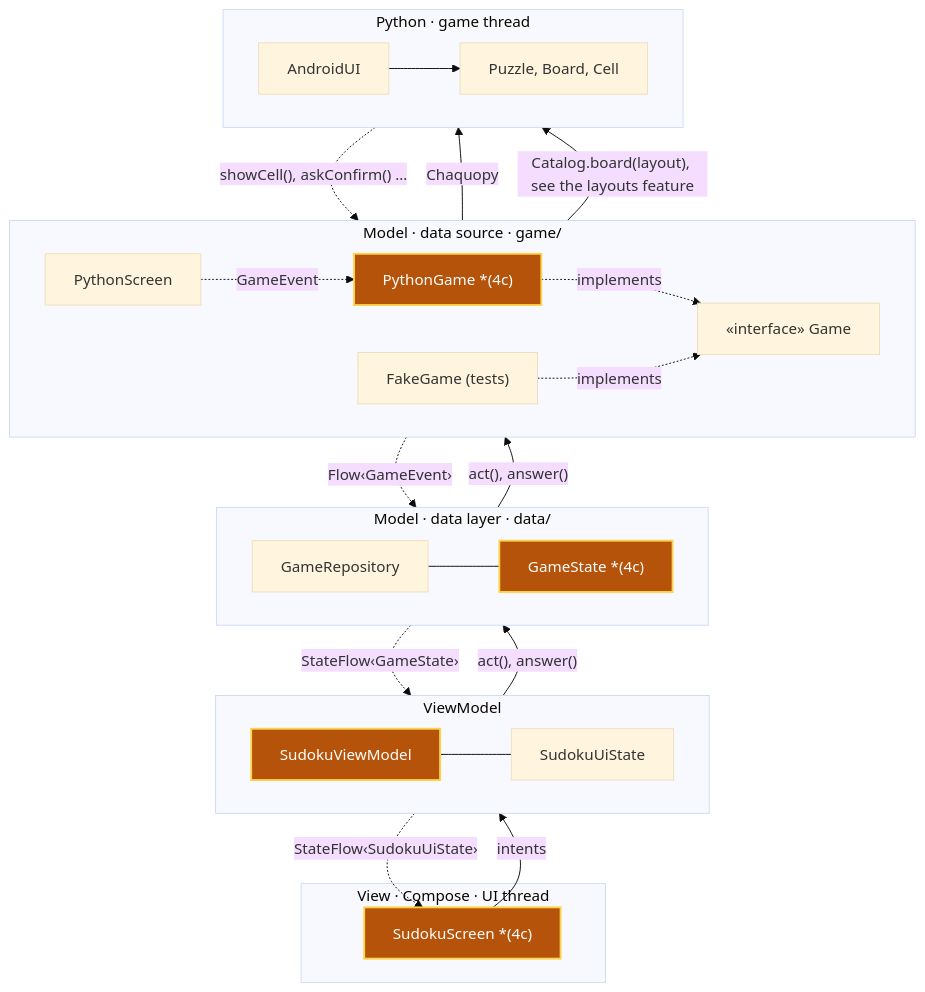
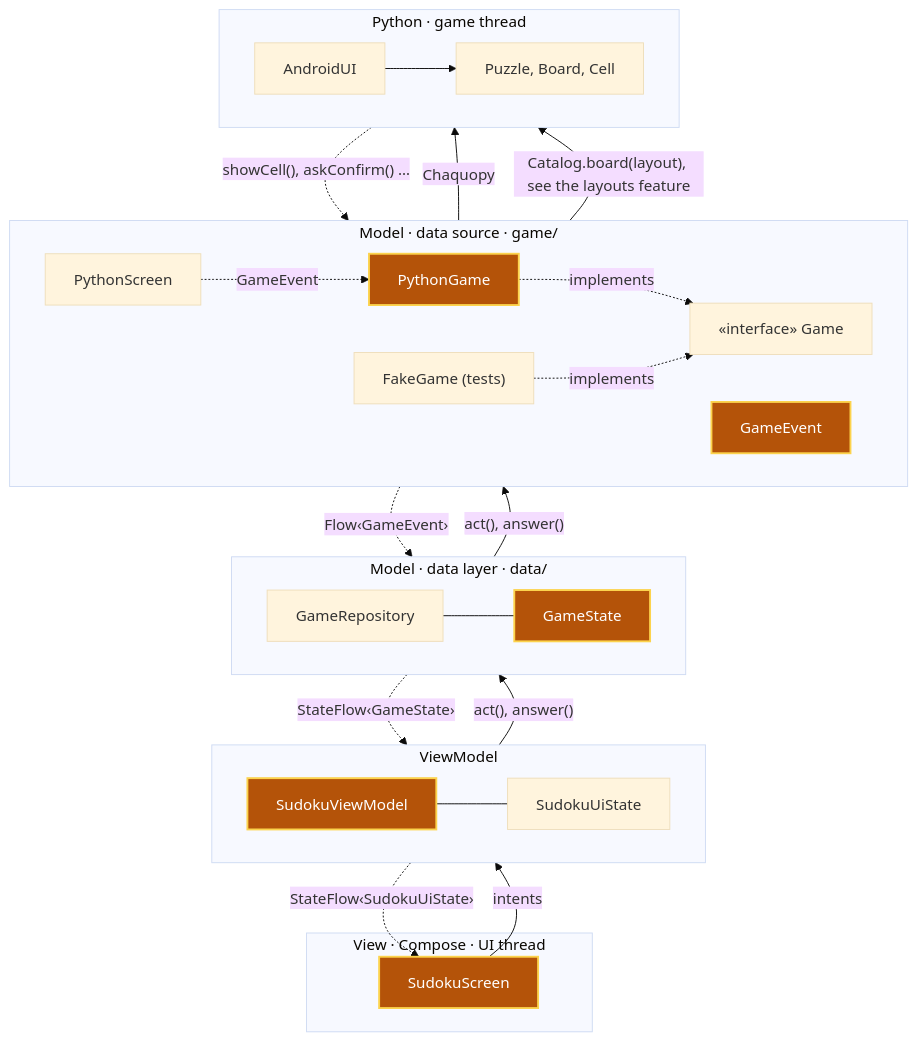
Before and after one commit to aivanov61/sudoku-solver: the fifth of 7 diagrams in android/docs/architecture.md, drawn with Mermaid (base theme). The commit also changed other lines of this file and 8 other files, not shown here.

Commit message:
Stop the game on any error that reaches PythonGame with a Failed event, which the game screen shows in place of the board and after which the container makes a new game when next asked.

````diff
--- a/android/docs/architecture.md
+++ b/android/docs/architecture.md
@@ -210,42 +209,43 @@
 ```mermaid
 flowchart TB
     subgraph View["View · Compose · UI thread"]
-        SudokuScreen["SudokuScreen *(4c)"]
+        SudokuScreen
     end
 
     subgraph VM["ViewModel"]
         direction LR
         SudokuViewModel --- SudokuUiState
     end
 
     subgraph DataLayer["Model · data layer · data/"]
         direction LR
-        GameRepository --- GameState["GameState *(4c)"]
+        GameRepository --- GameState
     end
 
     subgraph DataSource["Model · data source · game/"]
         direction LR
-        PythonGame["PythonGame *(4c)"] -. implements .-> Game["«interface» Game"]
+        PythonGame -. implements .-> Game["«interface» Game"]
+        GameEvent
         FakeGame["FakeGame (tests)"] -. implements .-> Game
         PythonScreen
     end
 
     subgraph Python["Python · game thread"]
         direction LR
         AndroidUI --> Puzzle["Puzzle, Board, Cell"]
     end
 
     SudokuScreen -- "intents" --> SudokuViewModel
     SudokuViewModel -. "StateFlow‹SudokuUiState›" .-> SudokuScreen
     SudokuViewModel -- "act(), answer()" --> GameRepository
     GameRepository -. "StateFlow‹GameState›" .-> SudokuViewModel
     GameRepository -- "act(), answer()" --> Game
     Game -. "Flow‹GameEvent›" .-> GameRepository
     PythonGame -- "Chaquopy" --> AndroidUI
     AndroidUI -. "showCell(), askConfirm() …" .-> PythonScreen
     PythonScreen -. "GameEvent" .-> PythonGame
     PythonGame -- "Catalog.board(layout), see the layouts feature" --> AndroidUI
 
     classDef changed fill:#b45309,stroke:#fcd34d,stroke-width:2px,color:#ffffff
-    class SudokuViewModel,PythonGame,SudokuScreen,GameState changed
+    class SudokuViewModel,PythonGame,SudokuScreen,GameState,GameEvent changed
 ```
````
